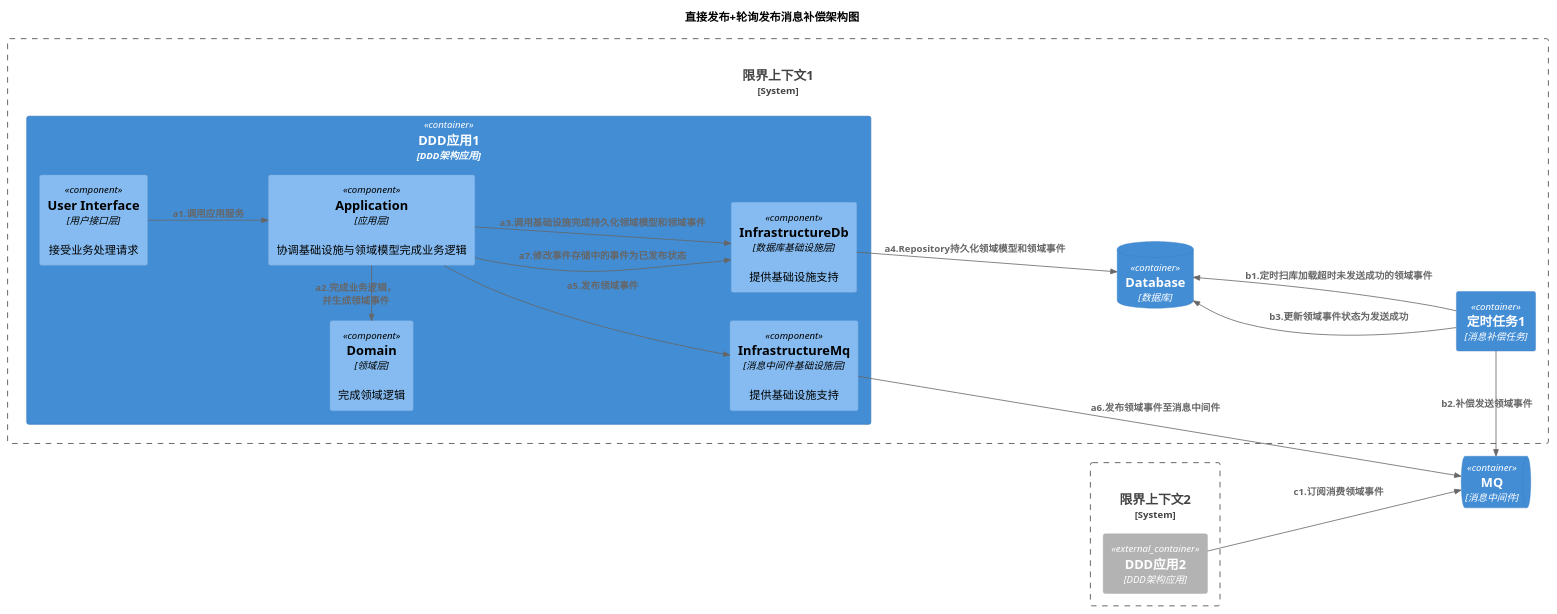
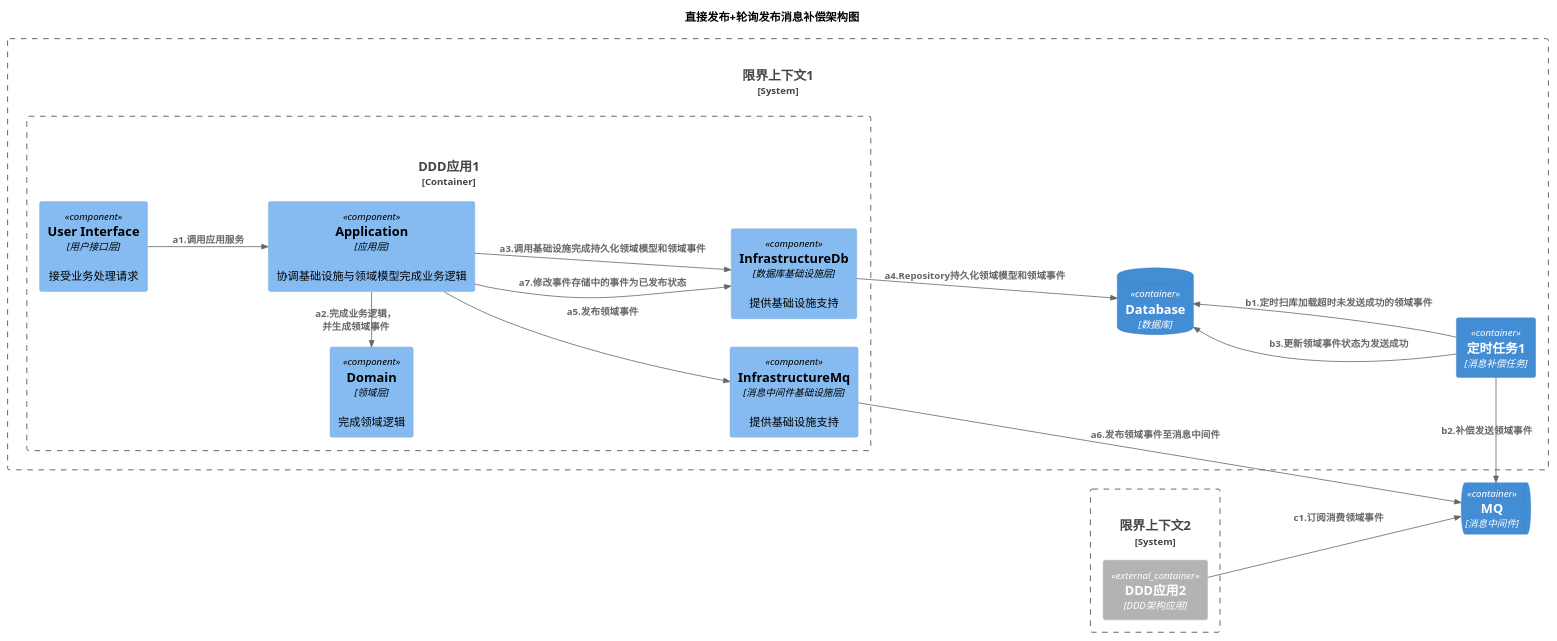
The diagram in plantuml/ct.007.puml (feiniaojin/Thinking-in-DDD), drawn with PlantUML before and after one commit. The commit also changed 17 other files, not shown here.

```diff
--- a/plantuml/ct.007.puml
+++ b/plantuml/ct.007.puml
@@ -1,46 +1,47 @@
 @startuml
 
 !include https://gitee.com/igingo/C4-PlantUML/raw/master/C4_Context.puml
 !include https://gitee.com/igingo/C4-PlantUML/raw/master/C4_Container.puml
 !include https://gitee.com/igingo/C4-PlantUML/raw/master/C4_Component.puml
 
 title "直接发布+轮询发布消息补偿架构图"
 
-LAYOUT_LEFT_RIGHT()
-
 System_Boundary(SB_SYS1, "限界上下文1"){
 
-    Container(C_APP1, "DDD应用1","DDD架构应用"){
+    Container_Boundary(C_APP1, "DDD应用1","DDD架构应用"){
         Component(C_UI, "User Interface","用户接口层", "接受业务处理请求")
         Component(C_Application, "Application","应用层", "协调基础设施与领域模型完成业务逻辑")
         Component(C_Domain, "Domain","领域层", "完成领域逻辑")
         Component(C_InfrastructureDb, "InfrastructureDb","数据库基础设施层", "提供基础设施支持")
         Component(C_InfrastructureMq, "InfrastructureMq","消息中间件基础设施层", "提供基础设施支持")
     }
     ContainerDb(DB, "Database", "数据库")
 
     Container(C_Worker1, "定时任务1","消息补偿任务")
 }
 
 ContainerQueue(MQ, "MQ", "消息中间件")
 
 System_Boundary(SB_SYS2, "限界上下文2"){
     Container_Ext(C_APP2, "DDD应用2","DDD架构应用")
 }
 
 Rel(C_UI, C_Application, "a1.调用应用服务")
 Rel_L(C_Application, C_Domain, "a2.完成业务逻辑，并生成领域事件")
 Rel(C_Application, C_InfrastructureDb, "a3.调用基础设施完成持久化领域模型和领域事件")
 Rel(C_InfrastructureDb, DB, "a4.Repository持久化领域模型和领域事件")
 
 Rel(C_Application, C_InfrastructureMq, "a5.发布领域事件")
 Rel(C_InfrastructureMq, MQ, "a6.发布领域事件至消息中间件")
 Rel(C_Application, C_InfrastructureDb, "a7.修改事件存储中的事件为已发布状态")
 
 Rel(C_Worker1, DB, "b1.定时扫库加载超时未发送成功的领域事件")
 Rel_L(C_Worker1, MQ, "b2.补偿发送领域事件")
 Rel_L(C_Worker1, DB, "b3.更新领域事件状态为发送成功")
 
 Rel_D(C_APP2, MQ, "c1.订阅消费领域事件")
 
+left to right direction
+
+
 @enduml
```
